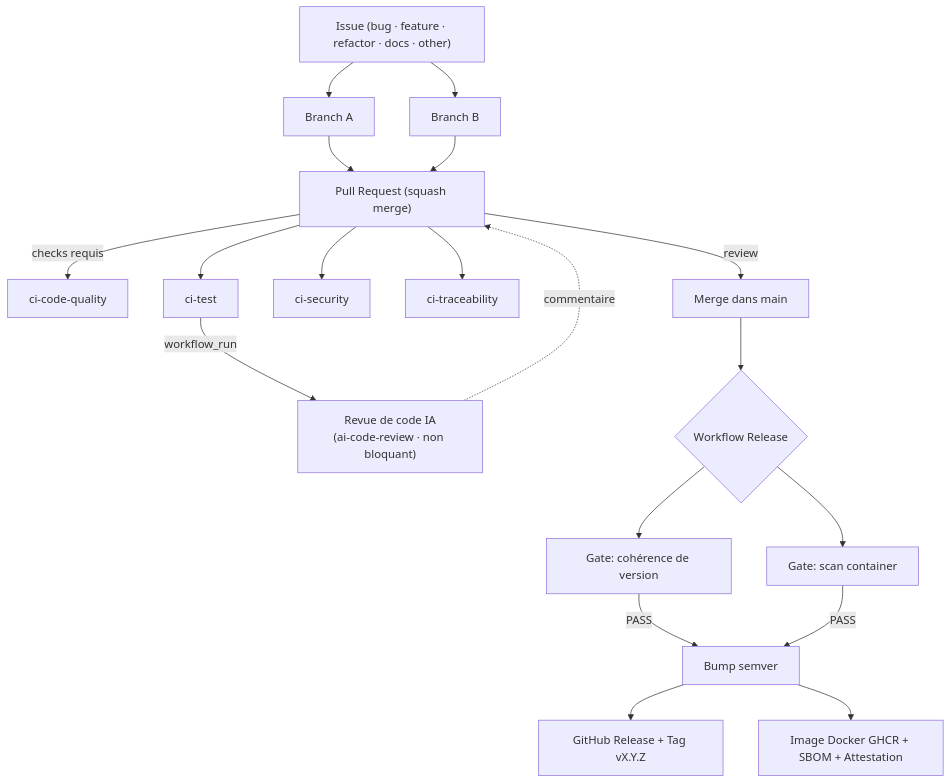
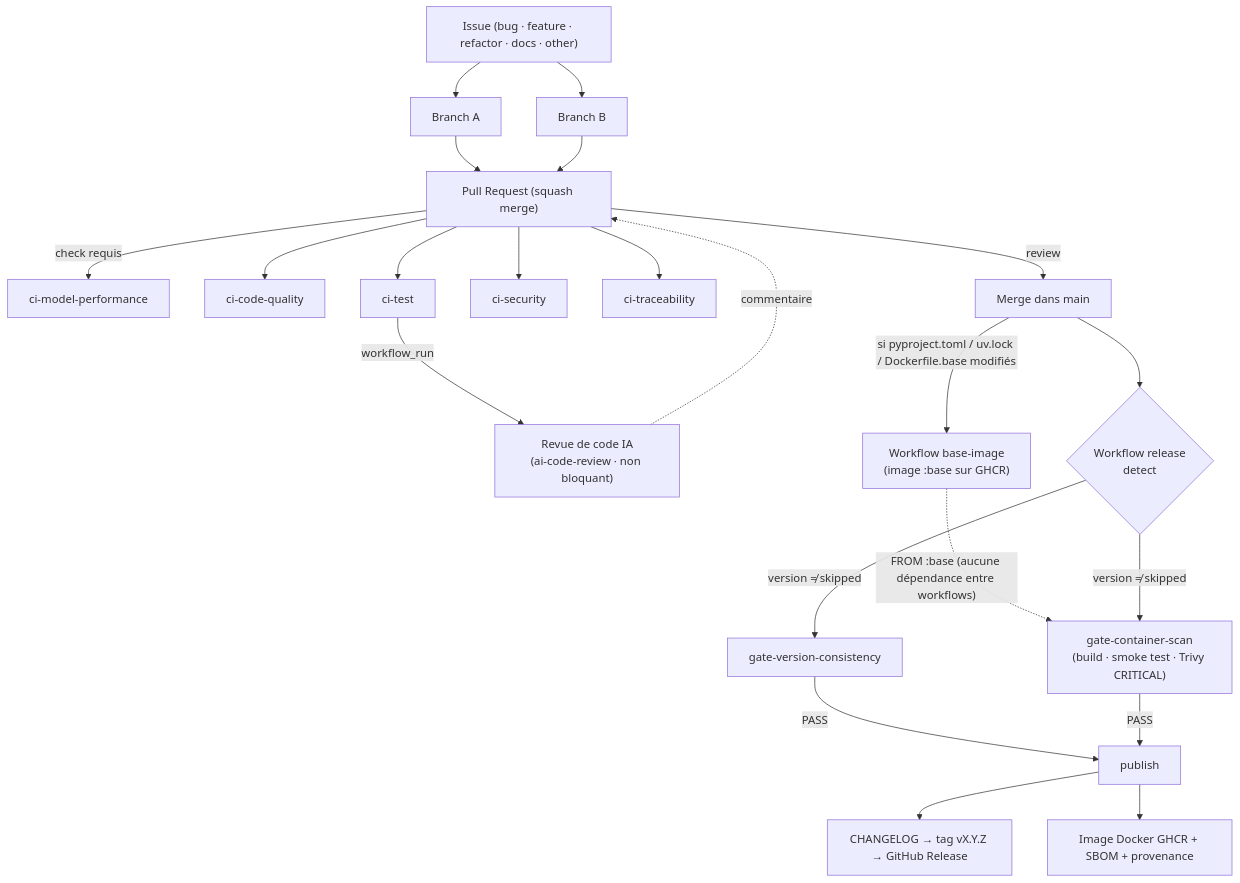
Before and after one commit to WillIsback/OC-P5_Deployez_un_modele_de_Machine_Learning: the diagram in docs/ci-cd/README.md, drawn with Mermaid. The commit also changed other lines of this file and 7 other files, not shown here.

First line of the commit message:
docs: aligner la documentation sur l'état réel du code (v1.1.0) (#31)

````diff
--- a/docs/ci-cd/README.md
+++ b/docs/ci-cd/README.md
@@ -15,21 +17,24 @@
 ```mermaid
 graph TD
     Issue["Issue (bug · feature · refactor · docs · other)"] --> BranchA["Branch A"]
     Issue --> BranchB["Branch B"]
     BranchA --> PR["Pull Request (squash merge)"]
     BranchB --> PR
-    PR -->|checks requis| CI1[ci-code-quality]
+    PR -->|check requis| CI5[ci-model-performance]
+    PR --> CI1[ci-code-quality]
     PR --> CI2[ci-test]
     PR --> CI3[ci-security]
     PR --> CI4[ci-traceability]
     CI2 -->|workflow_run| AI["Revue de code IA<br/>(ai-code-review · non bloquant)"]
     AI -.->|commentaire| PR
     PR -->|review| Merge["Merge dans main"]
-    Merge --> CD{"Workflow Release"}
-    CD --> G1["Gate: cohérence de version"]
-    CD --> G2["Gate: scan container"]
-    G1 -->|PASS| Bump[Bump semver]
-    G2 -->|PASS| Bump
-    Bump --> Release["GitHub Release + Tag vX.Y.Z"]
-    Bump --> Docker["Image Docker GHCR + SBOM + Attestation"]
+    Merge -->|"si pyproject.toml / uv.lock / Dockerfile.base modifiés"| Base["Workflow base-image<br/>(image :base sur GHCR)"]
+    Merge --> Detect{"Workflow release<br/>detect"}
+    Base -.->|"FROM :base (aucune dépendance entre workflows)"| G2
+    Detect -->|"version ≠ skipped"| G1["gate-version-consistency"]
+    Detect -->|"version ≠ skipped"| G2["gate-container-scan<br/>(build · smoke test · Trivy CRITICAL)"]
+    G1 -->|PASS| Publish["publish"]
+    G2 -->|PASS| Publish
+    Publish --> Release["CHANGELOG → tag vX.Y.Z → GitHub Release"]
+    Publish --> Docker["Image Docker GHCR + SBOM + provenance"]
 ```
````
